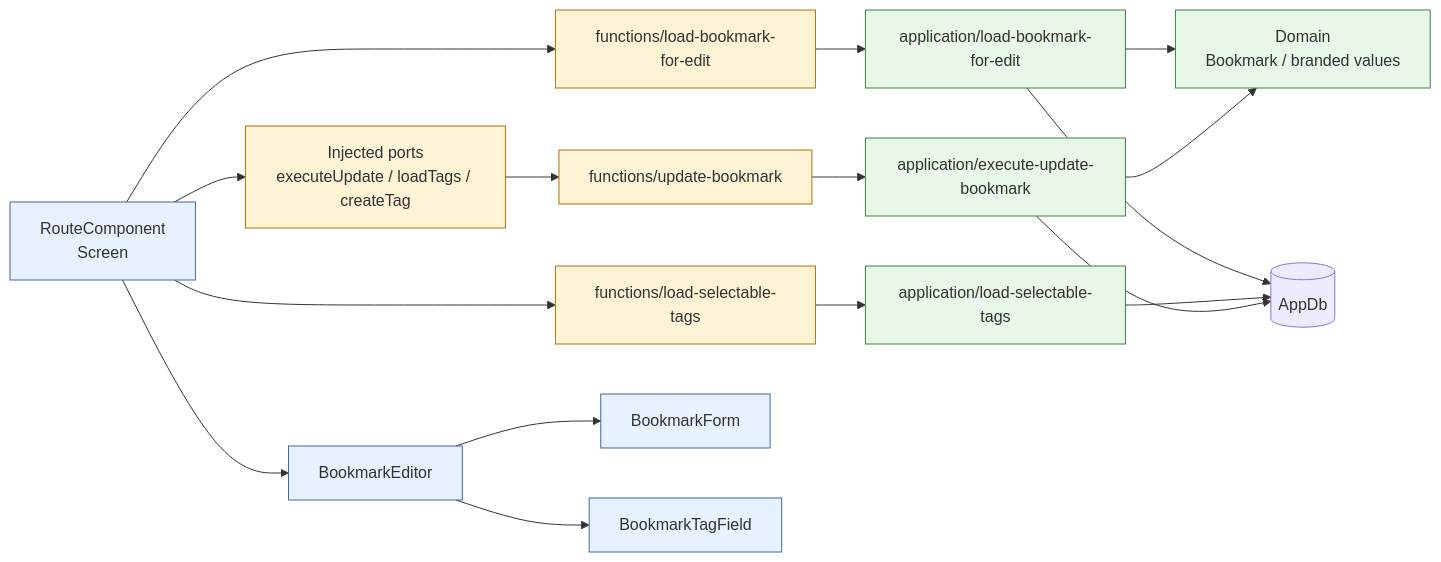
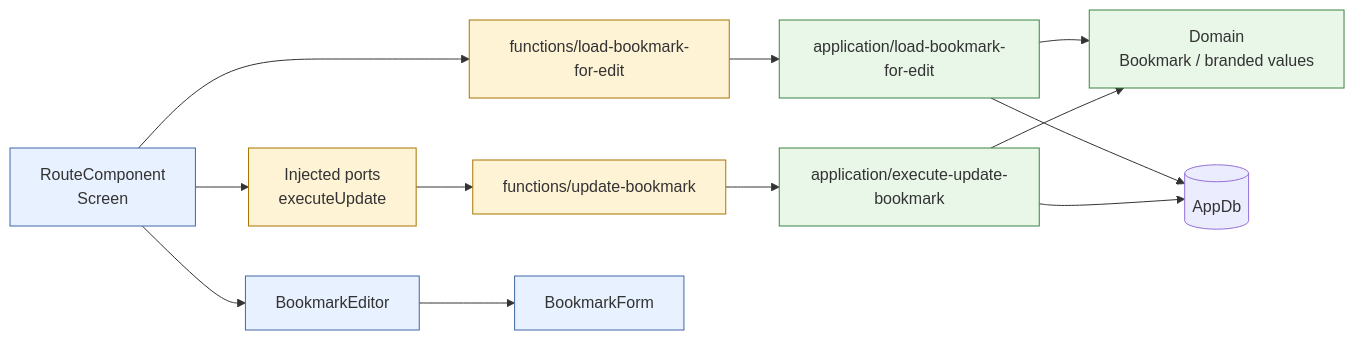
Before and after one commit to koralle/pantry: the first of 5 diagrams in docs/superpowers/specs/2026-07-31-bookmark-edit-screen-ddd-design.md, drawn with Mermaid. The commit also changed other lines of this file and 39 other files, not shown here.

First line of the commit message:
refactor(bookmarks): remove bookmark tag field (#169)

````diff
--- a/docs/superpowers/specs/2026-07-31-bookmark-edit-screen-ddd-design.md
+++ b/docs/superpowers/specs/2026-07-31-bookmark-edit-screen-ddd-design.md
@@ -61,36 +54,30 @@
 ```mermaid
 flowchart LR
   route["RouteComponent<br/>Screen"]
   bookmarkFn["functions/load-bookmark-for-edit"]
-  tagsFn["functions/load-selectable-tags"]
   updateFn["functions/update-bookmark"]
   bookmarkApp["application/load-bookmark-for-edit"]
-  tagsApp["application/load-selectable-tags"]
   updateApp["application/execute-update-bookmark"]
   domain["Domain<br/>Bookmark / branded values"]
   db[("AppDb")]
   editor["BookmarkEditor"]
   form["BookmarkForm"]
-  tagField["BookmarkTagField"]
-  ports["Injected ports<br/>executeUpdate / loadTags / createTag"]
+  ports["Injected ports<br/>executeUpdate"]
 
   route --> bookmarkFn --> bookmarkApp
-  route --> tagsFn --> tagsApp
   route --> editor
   route --> ports
   editor --> form
-  editor --> tagField
   ports --> updateFn --> updateApp
   bookmarkApp --> domain
   updateApp --> domain
   bookmarkApp --> db
-  tagsApp --> db
   updateApp --> db
 
   classDef ui fill:#e8f1ff,stroke:#4267a8
   classDef boundary fill:#fff3d6,stroke:#a87500
   classDef domain fill:#e8f7e8,stroke:#3d8245
-  class route,editor,form,tagField ui
-  class bookmarkFn,tagsFn,updateFn,ports boundary
-  class bookmarkApp,tagsApp,updateApp,domain domain
+  class route,editor,form ui
+  class bookmarkFn,updateFn,ports boundary
+  class bookmarkApp,updateApp,domain domain
 ```
````
